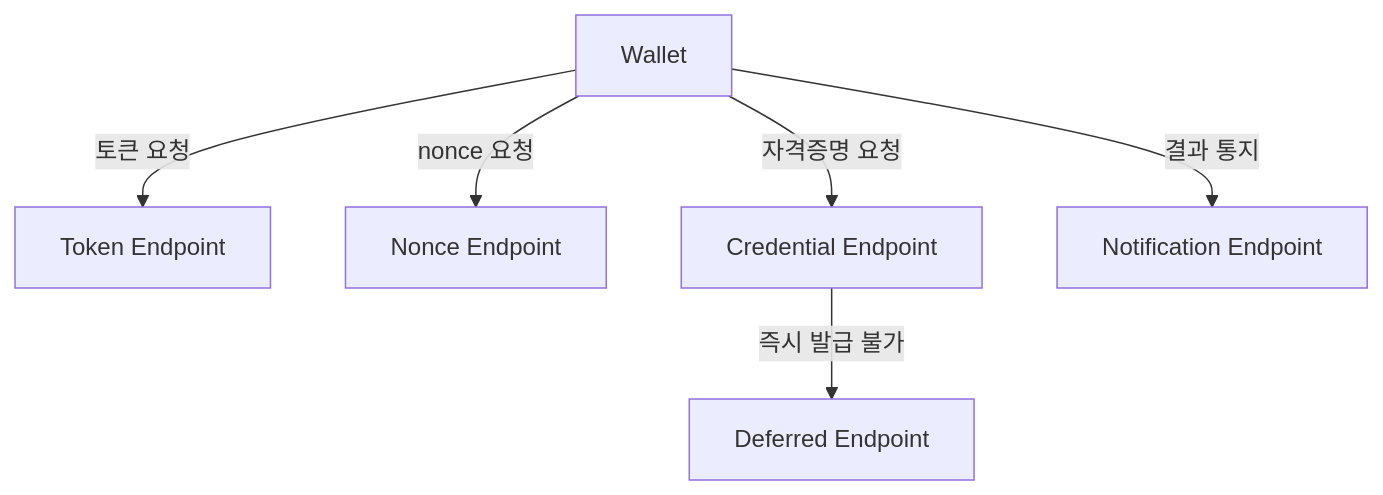
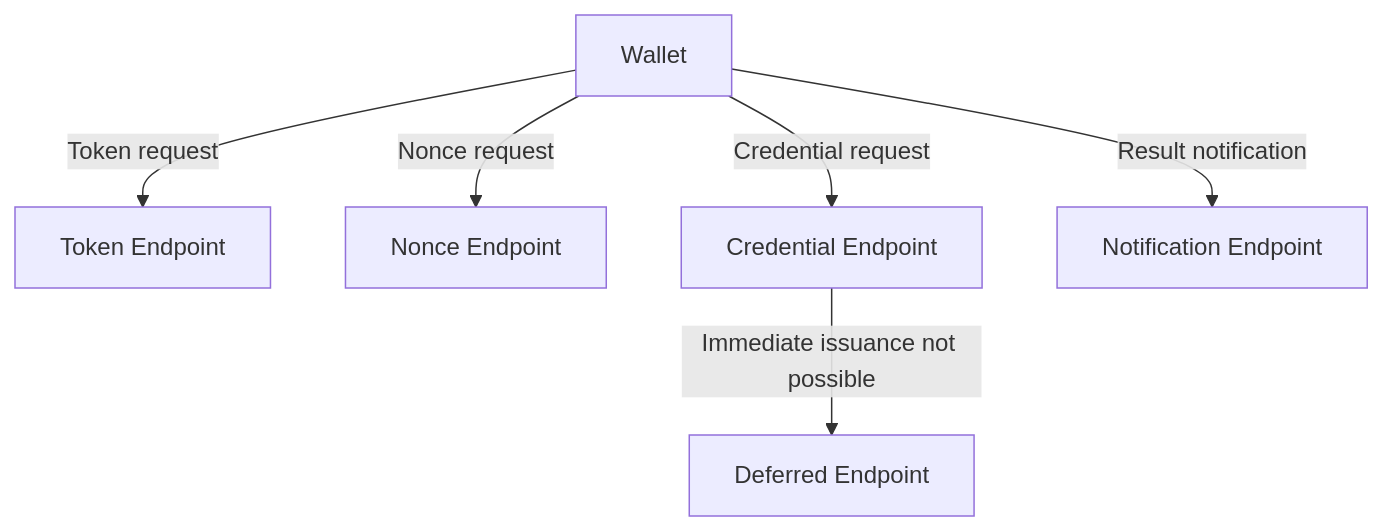
One commit to OmniOneID/poc-oid4vc changed the third of 4 diagrams in docs/concepts/oid4vci/oid4vci_issuance_flow.md. Above: the diagram before and after it, drawn with Mermaid. The commit also changed other lines of this file and 29 other files, not shown here.

````diff
--- a/docs/concepts/oid4vci/oid4vci_issuance_flow.md
+++ b/docs/concepts/oid4vci/oid4vci_issuance_flow.md
@@ -108,8 +108,8 @@
 ```mermaid
 flowchart TD
-    W[Wallet] -->|토큰 요청| T[Token Endpoint]
-    W -->|nonce 요청| N[Nonce Endpoint]
-    W -->|자격증명 요청| C[Credential Endpoint]
-    C -->|즉시 발급 불가| D[Deferred Endpoint]
-    W -->|결과 통지| NT[Notification Endpoint]
+    W[Wallet] -->|Token request| T[Token Endpoint]
+    W -->|Nonce request| N[Nonce Endpoint]
+    W -->|Credential request| C[Credential Endpoint]
+    C -->|Immediate issuance not possible| D[Deferred Endpoint]
+    W -->|Result notification| NT[Notification Endpoint]
 ```
````
